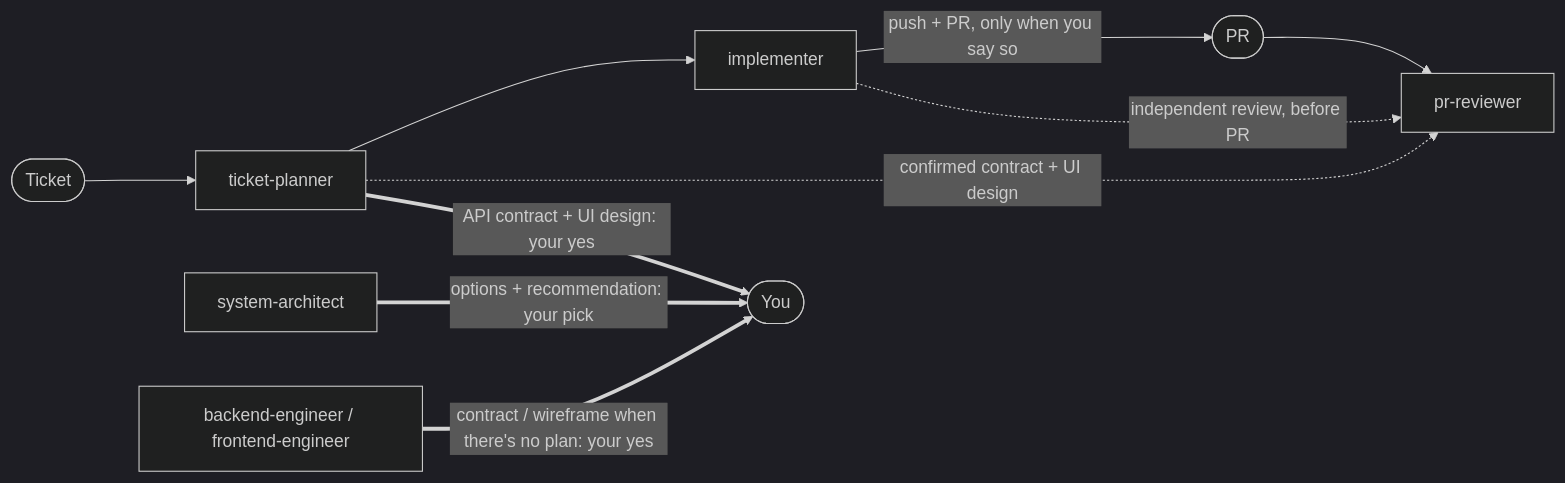
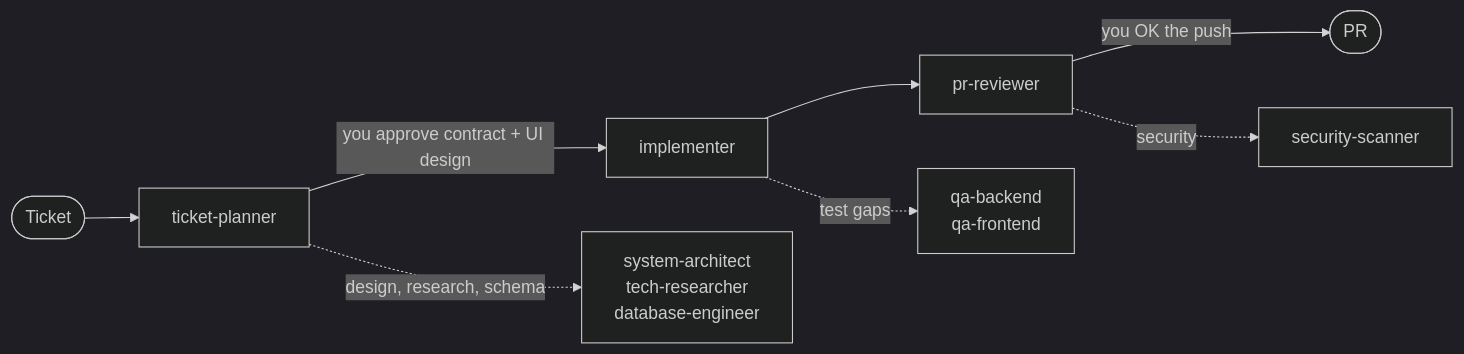
One commit to kcayme/k-agents changed the diagram in README.md. Above: the diagram before and after it, drawn with Mermaid (dark theme). The commit also changed other lines of this file, not shown here.

Commit message:
docs: simplify the readme workflow to one diagram with the approval gates on the main path

````diff
--- a/README.md
+++ b/README.md
@@ -7,10 +5,7 @@
 ```mermaid
 flowchart LR
-    T([Ticket]) --> TP[ticket-planner] --> IM[implementer] -->|push + PR, only when you say so| PR([PR]) --> RV[pr-reviewer]
-    IM -.->|independent review, before PR| RV
-    TP -.->|confirmed contract + UI design| RV
-
-    TP ==>|API contract + UI design: your yes| U([You])
-    SA[system-architect] ==>|options + recommendation: your pick| U
-    BE[backend-engineer / frontend-engineer] ==>|contract / wireframe when there's no plan: your yes| U
+    T([Ticket]) --> TP[ticket-planner] -->|you approve contract + UI design| IM[implementer] --> RV[pr-reviewer] -->|you OK the push| PR([PR])
+    TP -.->|design, research, schema| SP[system-architect<br/>tech-researcher<br/>database-engineer]
+    IM -.->|test gaps| QA[qa-backend<br/>qa-frontend]
+    RV -.->|security| SS[security-scanner]
 ```
````
